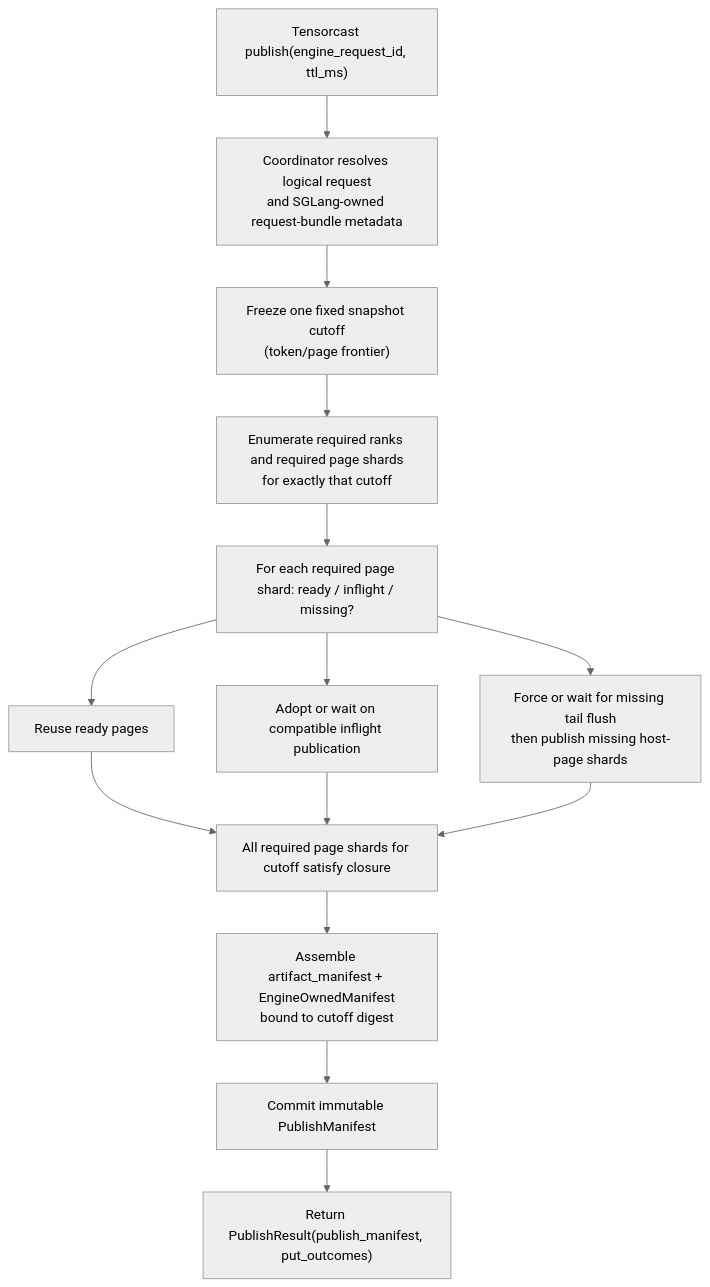
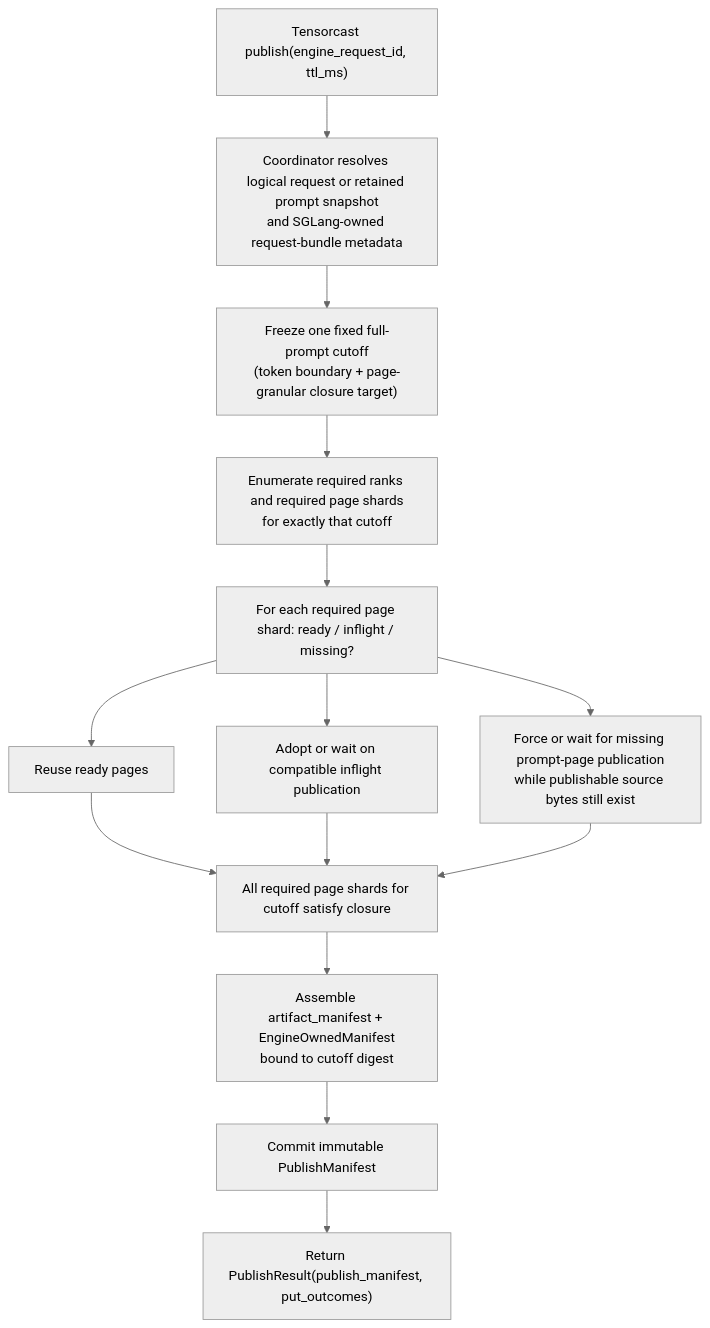
Before and after one commit to tensorcast-ai/sglang: diagram 17 of 24 in docs/tensorcast/tensorcast_kv_integration.md, drawn with Mermaid (neutral theme). The commit also changed other lines of this file and 2 other files, not shown here.

First line of the commit message:
doc: sync tensorcast KV docs with the current phase-3 implementation

````diff
--- a/docs/tensorcast/tensorcast_kv_integration.md
+++ b/docs/tensorcast/tensorcast_kv_integration.md
@@ -1639,16 +1744,16 @@
 ```mermaid
 flowchart TD
-    A["Tensorcast publish(engine_request_id, ttl_ms)"] --> B["Coordinator resolves logical request<br/>and SGLang-owned request-bundle metadata"]
-    B --> C["Freeze one fixed snapshot cutoff<br/>(token/page frontier)"]
+    A["Tensorcast publish(engine_request_id, ttl_ms)"] --> B["Coordinator resolves logical request or retained prompt snapshot<br/>and SGLang-owned request-bundle metadata"]
+    B --> C["Freeze one fixed full-prompt cutoff<br/>(token boundary + page-granular closure target)"]
     C --> D["Enumerate required ranks and required page shards<br/>for exactly that cutoff"]
     D --> E["For each required page shard: ready / inflight / missing?"]
     E --> F["Reuse ready pages"]
     E --> G["Adopt or wait on compatible inflight publication"]
-    E --> H["Force or wait for missing tail flush<br/>then publish missing host-page shards"]
+    E --> H["Force or wait for missing prompt-page publication<br/>while publishable source bytes still exist"]
     F --> I["All required page shards for cutoff satisfy closure"]
     G --> I
     H --> I
     I --> J["Assemble artifact_manifest + EngineOwnedManifest<br/>bound to cutoff digest"]
     J --> K["Commit immutable PublishManifest"]
     K --> L["Return PublishResult(publish_manifest, put_outcomes)"]
 ```
````
